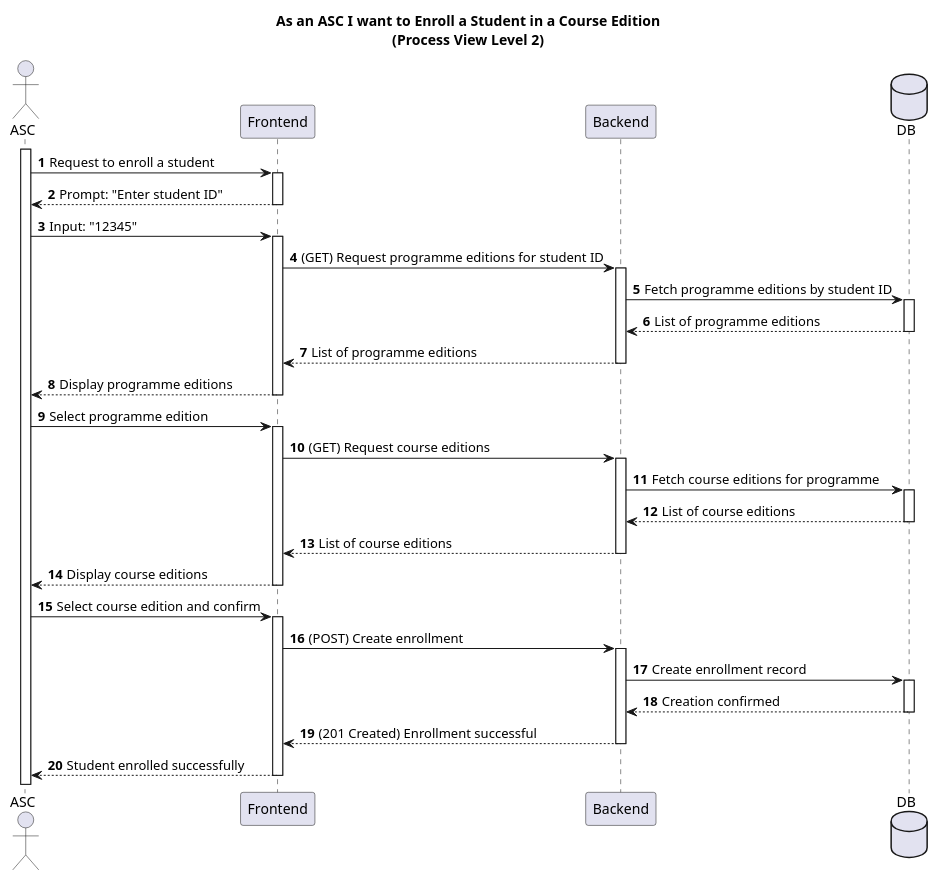
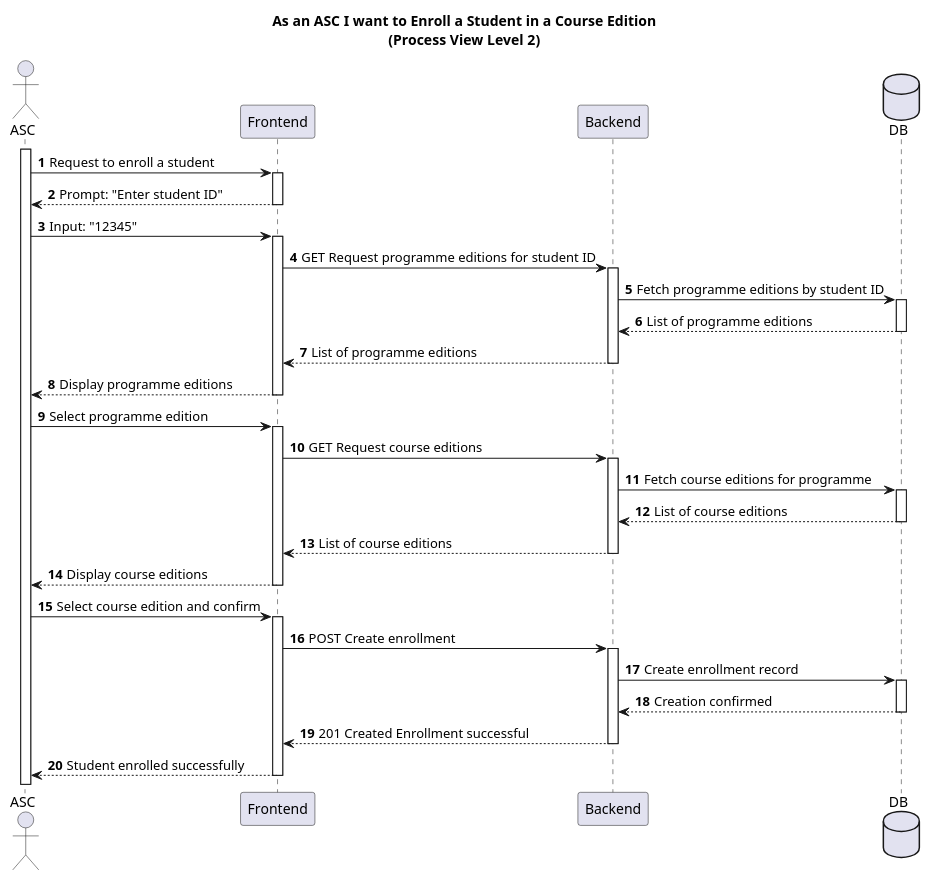
The diagram in docs/US16/sprint6_RestController/process_view/Level2.puml (GasparISEP/DevOps-PAI), drawn with PlantUML before and after one commit. The commit also changed 5 other files, not shown here.

Commit message:
Refactor UML diagrams for CourseEditionEnrolment process, adding Class and Sequence diagrams, and enhancing Level2 and Level3 diagrams with clearer request/response formats and data mapping details. #659 #684

```diff
--- a/docs/US16/sprint6_RestController/process_view/Level2.puml
+++ b/docs/US16/sprint6_RestController/process_view/Level2.puml
@@ -1,35 +1,35 @@
 @startuml
 autonumber
 
 title As an ASC I want to Enroll a Student in a Course Edition\n(Process View Level 2)
 
 actor ASC
 participant "Frontend" as FE
 participant "Backend" as BE
 database DB
 
 activate ASC
 ASC -> FE ++: Request to enroll a student
 FE --> ASC --: Prompt: "Enter student ID"
 ASC -> FE ++: Input: "12345"
-FE -> BE ++: (GET) Request programme editions for student ID
+FE -> BE ++: GET Request programme editions for student ID
 BE -> DB ++: Fetch programme editions by student ID
 DB --> BE --: List of programme editions
 BE --> FE --: List of programme editions
 FE --> ASC --: Display programme editions
 
 ASC -> FE ++: Select programme edition
-FE -> BE ++: (GET) Request course editions
+FE -> BE ++: GET Request course editions
 BE -> DB ++: Fetch course editions for programme
 DB --> BE --: List of course editions
 BE --> FE --: List of course editions
 FE --> ASC --: Display course editions
 
 ASC -> FE ++: Select course edition and confirm
-FE -> BE ++: (POST) Create enrollment
+FE -> BE ++: POST Create enrollment
 BE -> DB ++: Create enrollment record
 DB --> BE --: Creation confirmed
-BE --> FE --: (201 Created) Enrollment successful
+BE --> FE --: 201 Created Enrollment successful
 FE --> ASC --: Student enrolled successfully
 
 @enduml
```
